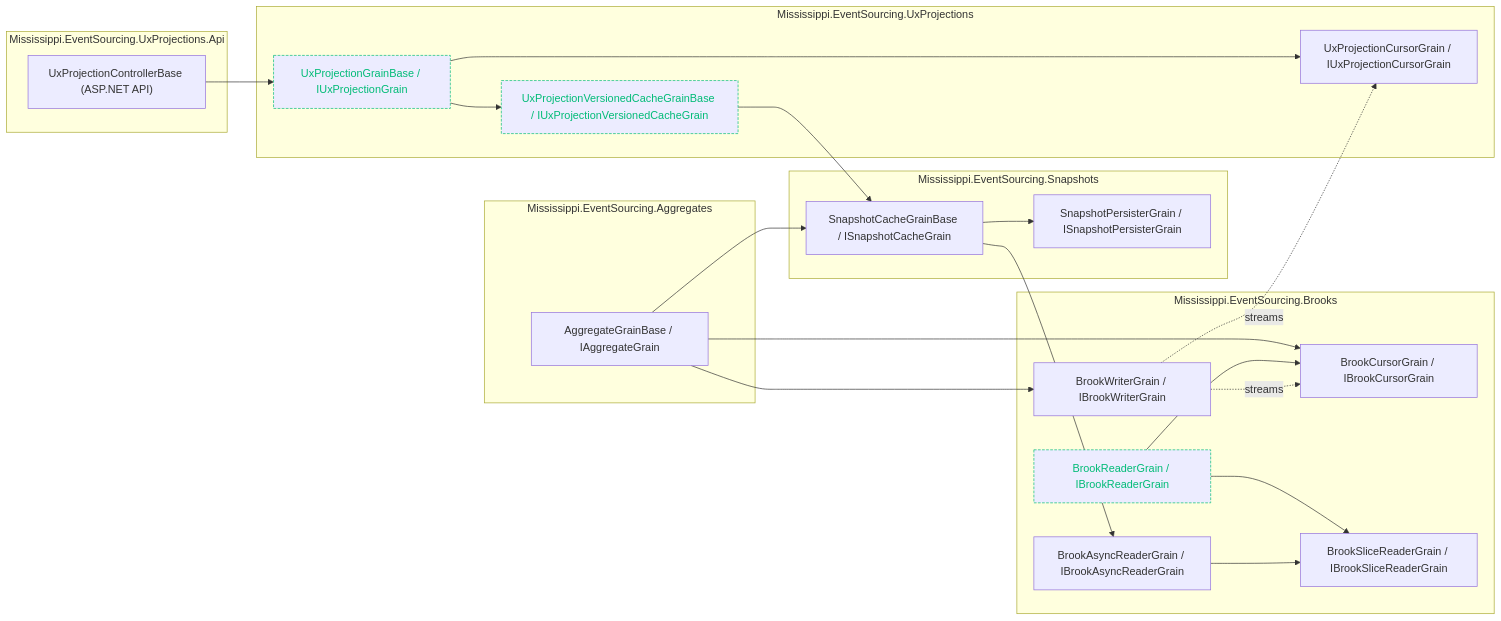
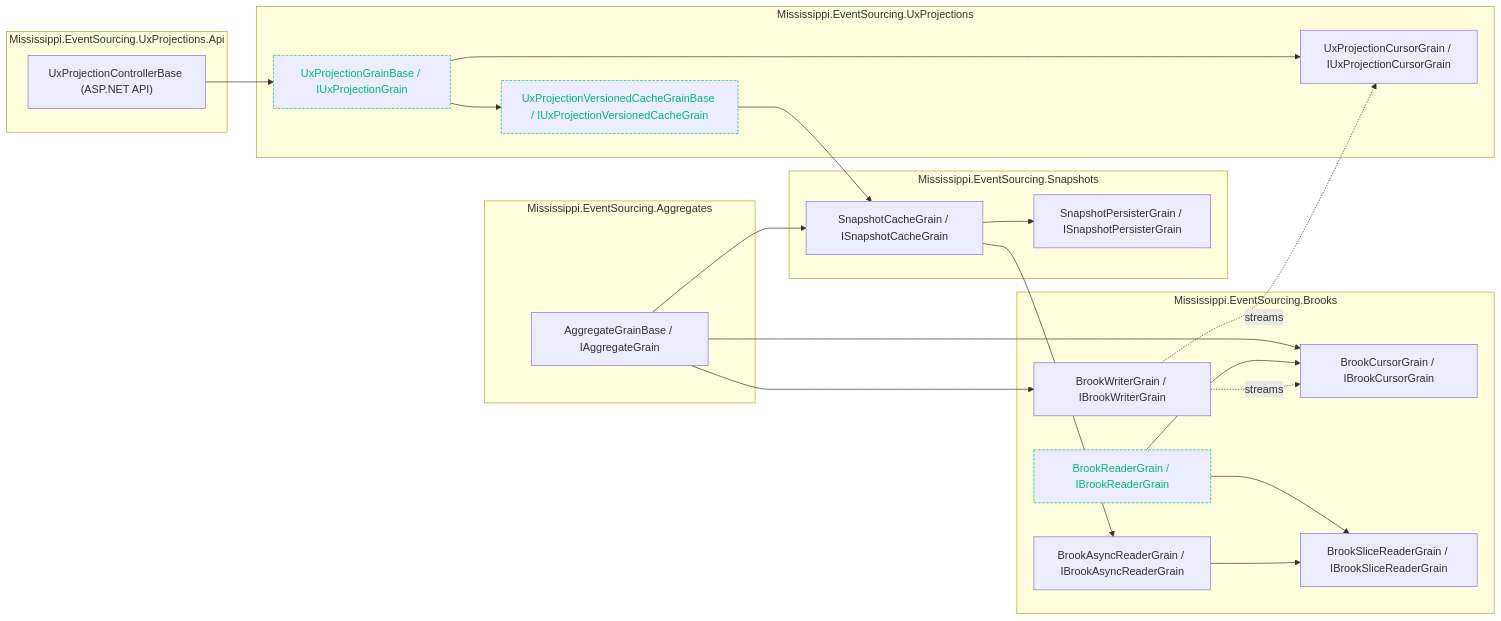
One commit to Gibbs-Morris/mississippi changed the diagram in docs/grain-dependencies.md. Above: the diagram before and after it, drawn with Mermaid. The commit also changed 226 other files, not shown here.

````diff
--- a/docs/grain-dependencies.md
+++ b/docs/grain-dependencies.md
@@ -5,51 +5,51 @@
 ```mermaid
 flowchart LR
   subgraph API["Mississippi.EventSourcing.UxProjections.Api"]
     UxApi["UxProjectionControllerBase (ASP.NET API)"]
   end
 
   subgraph Brooks["Mississippi.EventSourcing.Brooks"]
     BrookWriter["BrookWriterGrain / IBrookWriterGrain"]
     BrookCursor["BrookCursorGrain / IBrookCursorGrain"]
     BrookReader["BrookReaderGrain / IBrookReaderGrain"]
     BrookAsyncReader["BrookAsyncReaderGrain / IBrookAsyncReaderGrain"]
     BrookSlice["BrookSliceReaderGrain / IBrookSliceReaderGrain"]
   end
 
   subgraph Snapshots["Mississippi.EventSourcing.Snapshots"]
-    SnapshotCache["SnapshotCacheGrainBase / ISnapshotCacheGrain"]
+    SnapshotCache["SnapshotCacheGrain / ISnapshotCacheGrain"]
     SnapshotPersister["SnapshotPersisterGrain / ISnapshotPersisterGrain"]
   end
 
   subgraph Aggregates["Mississippi.EventSourcing.Aggregates"]
     Aggregate["AggregateGrainBase / IAggregateGrain"]
   end
 
   subgraph UX["Mississippi.EventSourcing.UxProjections"]
     UxProjection["UxProjectionGrainBase / IUxProjectionGrain"]
     UxCursor["UxProjectionCursorGrain / IUxProjectionCursorGrain"]
     UxCache["UxProjectionVersionedCacheGrainBase / IUxProjectionVersionedCacheGrain"]
   end
 
   Aggregate --> BrookCursor
   Aggregate --> BrookWriter
   Aggregate --> SnapshotCache
 
   SnapshotCache --> BrookAsyncReader
   SnapshotCache --> SnapshotPersister
 
   BrookReader --> BrookCursor
   BrookReader --> BrookSlice
   BrookAsyncReader --> BrookSlice
 
   UxProjection --> UxCursor
   UxProjection --> UxCache
   UxCache --> SnapshotCache
   UxApi --> UxProjection
 
   BrookWriter -. streams .-> BrookCursor
   BrookWriter -. streams .-> UxCursor
 
   class UxProjection,UxCache,BrookReader stateless
   classDef stateless stroke-dasharray: 4 2, stroke:#0b7, color:#0b7;
 ```
````
